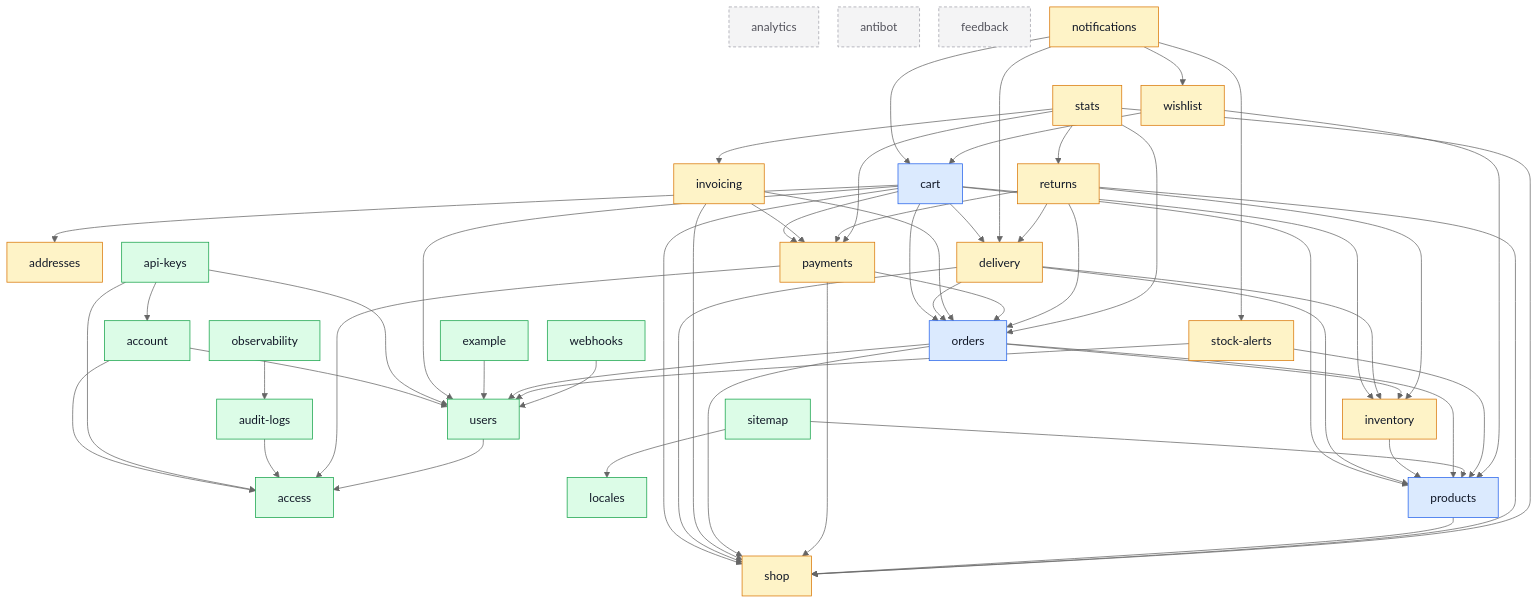
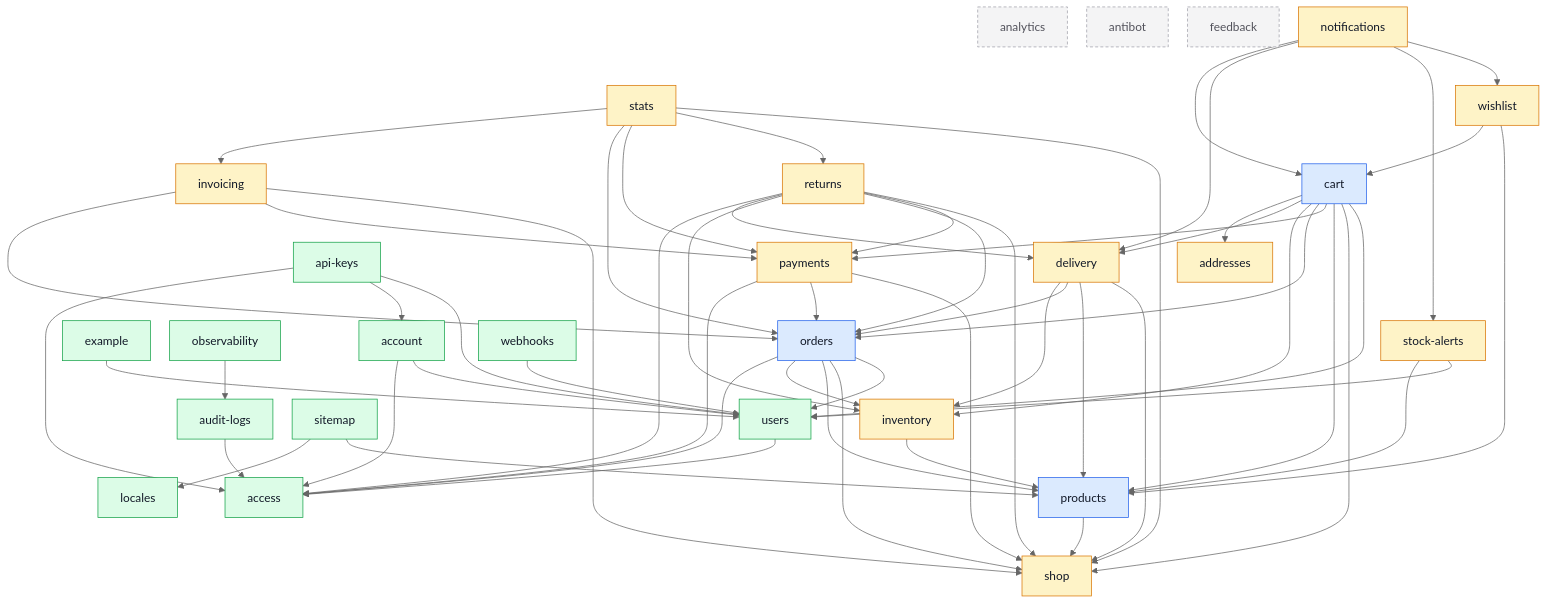
The diagram in docs/modules/index.md (Guebbit/boilerplate-node-backend), drawn with Mermaid (neutral theme) before and after one commit. The commit also changed other lines of this file and 11 other files, not shown here.

```diff
--- a/docs/modules/index.md
+++ b/docs/modules/index.md
@@ -96,6 +96,7 @@
     notifications --> stock_alerts
     notifications --> wishlist
     observability --> audit_logs
+    orders --> access
     orders --> inventory
     orders --> products
     orders --> shop
@@ -104,6 +105,7 @@
     payments --> orders
     payments --> shop
     products --> shop
+    returns --> access
     returns --> delivery
     returns --> inventory
     returns --> orders
```
